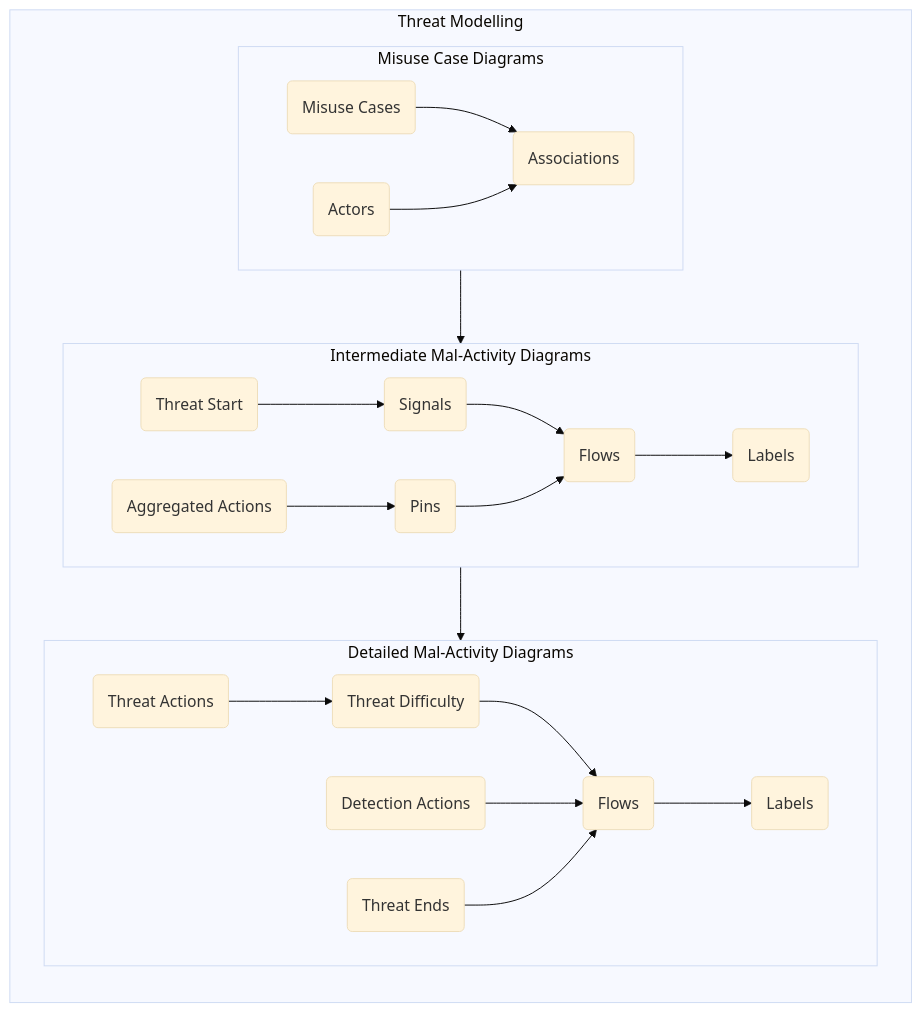
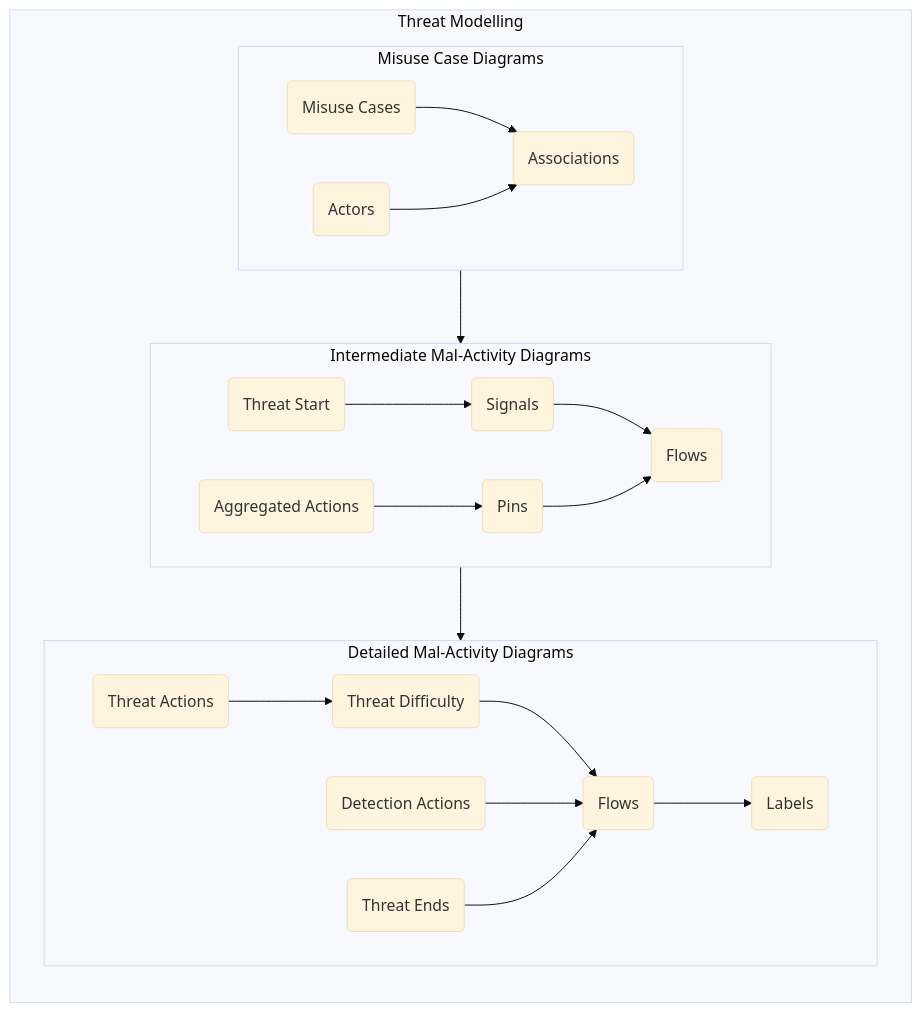
The second of 4 diagrams in README.md (stuartfowler/CEMT), drawn with Mermaid (base theme) before and after one commit. The commit also changed 2 other files, not shown here.

Commit message:
malactivity updates

````diff
--- a/README.md
+++ b/README.md
@@ -94,41 +94,41 @@
 ```mermaid
 flowchart TB
   subgraph TMo["Threat Modelling"]
     direction TB
     subgraph 1["Misuse Case Diagrams"]
       direction LR
       1a("Misuse Cases") --> 1c("Associations")
       1b("Actors") --> 1c
     end
     subgraph 2["Intermediate Mal-Activity Diagrams"]
       direction LR
-      2c("Threat Start") --> 2d("Signals") --> 2e("Flows") --> 2f("Labels")
+      2c("Threat Start") --> 2d("Signals") --> 2e("Flows")
       2a("Aggregated Actions") --> 2b("Pins") --> 2e        
     end
     subgraph 3["Detailed Mal-Activity Diagrams"]
       direction LR
       3a("Threat Actions") --> 3c("Threat Difficulty") --> 3d("Flows") --> 3f("Labels")
       3b("Detection Actions") --> 3d
       3e("Threat Ends") --> 3d
     end
     1 --> 2 --> 3
   end
 
   click 1a "https://github.com/stuartfowler/CEMT/blob/main/Documentation/threat-modelling.md#misuse-case-diagrams" "Misuse Case Diagrams"
   click 1b "https://github.com/stuartfowler/CEMT/blob/main/Documentation/threat-modelling.md#misuse-case-diagrams" "Misuse Case Diagrams"
   click 1c "https://github.com/stuartfowler/CEMT/blob/main/Documentation/threat-modelling.md#misuse-case-diagrams" "Misuse Case Diagrams"
 
   click 2a "https://github.com/stuartfowler/CEMT/blob/main/Documentation/threat-modelling.md#intermediate-mal-activity-diagrams" "Intermediate Mal-Activity Diagrams"
   click 2b "https://github.com/stuartfowler/CEMT/blob/main/Documentation/threat-modelling.md#intermediate-mal-activity-diagrams" "Intermediate Mal-Activity Diagrams"
   click 2c "https://github.com/stuartfowler/CEMT/blob/main/Documentation/threat-modelling.md#intermediate-mal-activity-diagrams" "Intermediate Mal-Activity Diagrams"
   click 2d "https://github.com/stuartfowler/CEMT/blob/main/Documentation/threat-modelling.md#intermediate-mal-activity-diagrams" "Intermediate Mal-Activity Diagrams"
   click 2e "https://github.com/stuartfowler/CEMT/blob/main/Documentation/threat-modelling.md#intermediate-mal-activity-diagrams" "Intermediate Mal-Activity Diagrams"
   click 2f "https://github.com/stuartfowler/CEMT/blob/main/Documentation/threat-modelling.md#intermediate-mal-activity-diagrams" "Intermediate Mal-Activity Diagrams"
 
   click 3a "https://github.com/stuartfowler/CEMT/blob/main/Documentation/threat-modelling.md#detailed-mal-activity-diagrams" "Detailed Mal-Activity Diagrams"
   click 3b "https://github.com/stuartfowler/CEMT/blob/main/Documentation/threat-modelling.md#detailed-mal-activity-diagrams" "Detailed Mal-Activity Diagrams"
   click 3c "https://github.com/stuartfowler/CEMT/blob/main/Documentation/threat-modelling.md#detailed-mal-activity-diagrams" "Detailed Mal-Activity Diagrams"
   click 3d "https://github.com/stuartfowler/CEMT/blob/main/Documentation/threat-modelling.md#detailed-mal-activity-diagrams" "Detailed Mal-Activity Diagrams"
   click 3e "https://github.com/stuartfowler/CEMT/blob/main/Documentation/threat-modelling.md#detailed-mal-activity-diagrams" "Detailed Mal-Activity Diagrams"
   click 3f "https://github.com/stuartfowler/CEMT/blob/main/Documentation/threat-modelling.md#detailed-mal-activity-diagrams" "Detailed Mal-Activity Diagrams"
 ```
````
